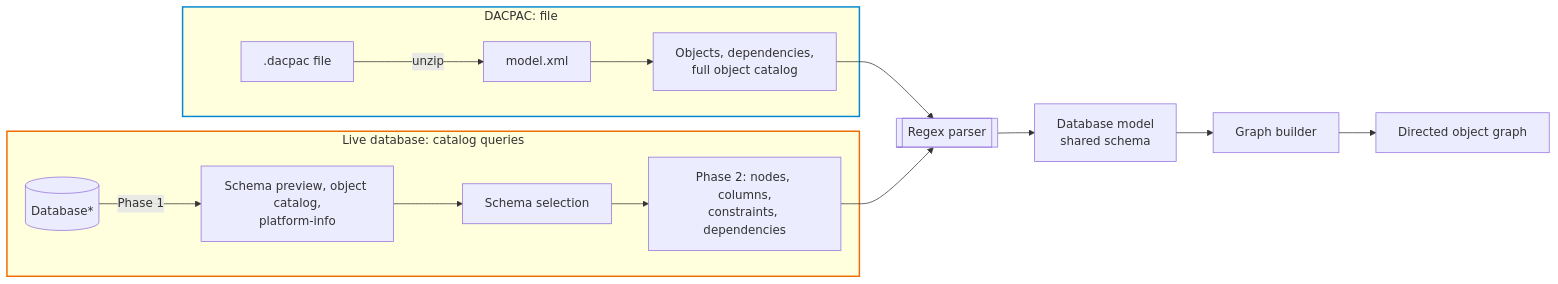
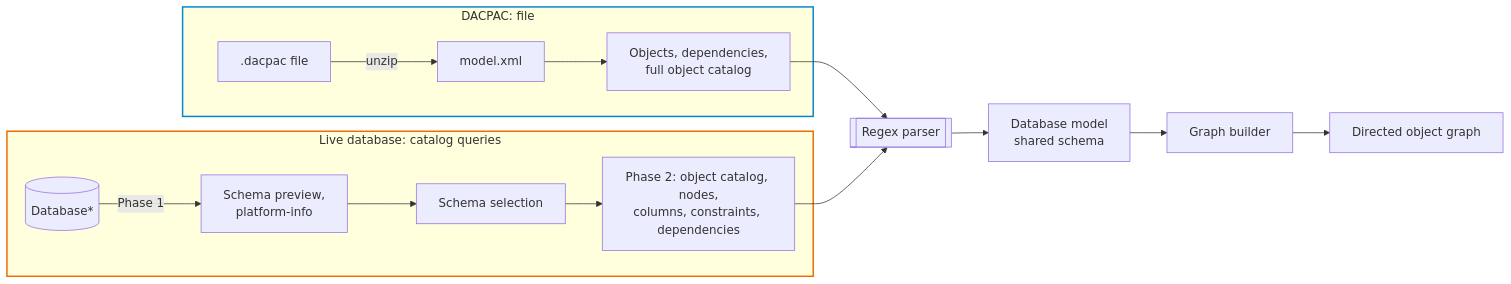
The first of 3 diagrams in docs/DEVELOPER_GUIDE.md (ChrisDevRepo/vscode_data_lineage), drawn with Mermaid before and after one commit. The commit also changed other lines of this file and 17 other files, not shown here.

````diff
--- a/docs/DEVELOPER_GUIDE.md
+++ b/docs/DEVELOPER_GUIDE.md
@@ -101,19 +101,19 @@
 ```mermaid
 flowchart LR
     subgraph DACPAC[DACPAC: file]
         DP[.dacpac file] -->|unzip| MX[model.xml]
         MX --> DX[Objects, dependencies,<br/>full object catalog]
     end
     subgraph LIVE[Live database: catalog queries]
-        SRV[(Database*)] -->|Phase 1| CAT[Schema preview, object catalog,<br/>platform-info]
+        SRV[(Database*)] -->|Phase 1| CAT[Schema preview,<br/>platform-info]
         CAT --> SEL[Schema selection]
-        SEL --> DDL[Phase 2: nodes, columns,<br/>constraints, dependencies]
+        SEL --> DDL[Phase 2: object catalog, nodes,<br/>columns, constraints, dependencies]
     end
     DX --> PARSE[[Regex parser]]
     DDL --> PARSE
     PARSE --> DM[Database model<br/>shared schema]
     DM --> GB[Graph builder] --> G[Directed object graph]
 
     style DACPAC stroke:#0288d1,stroke-width:2px
     style LIVE stroke:#ef6c00,stroke-width:2px
 ```
````
